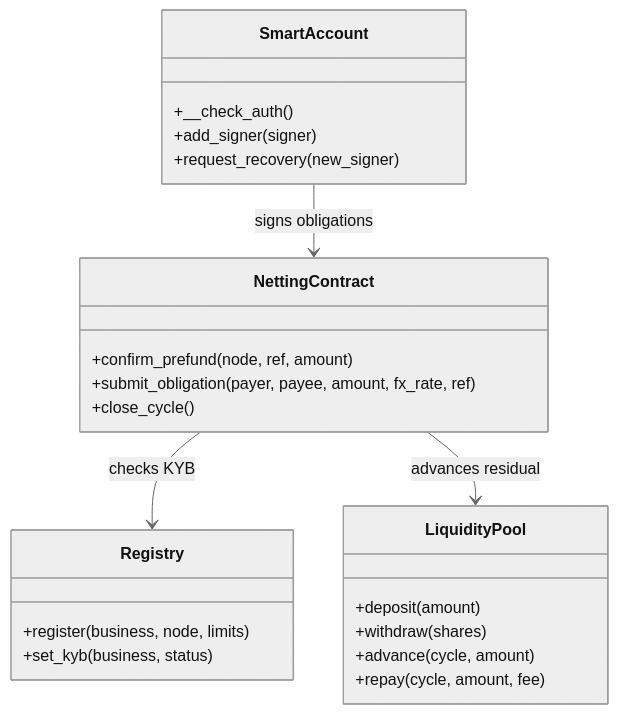
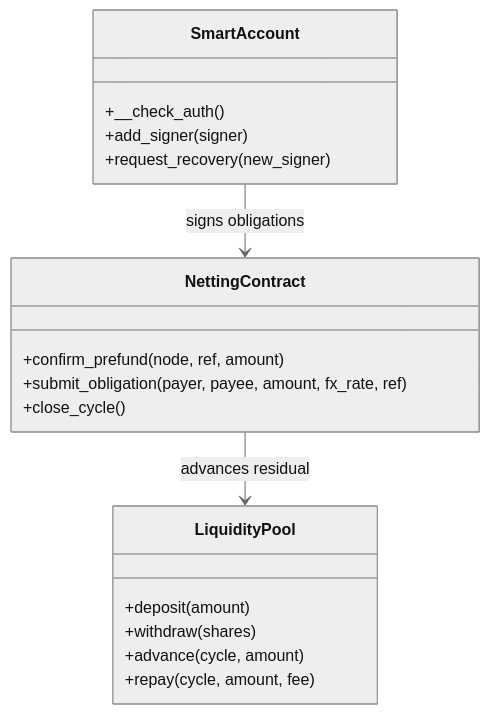
One commit to Rift-FI/Documents changed the third of 3 diagrams in Architecture.md. Above: the diagram before and after it, drawn with Mermaid (neutral theme). The commit also changed other lines of this file, not shown here.

````diff
--- a/Architecture.md
+++ b/Architecture.md
@@ -118,26 +112,21 @@
 ```mermaid
 classDiagram
-  class Registry {
-    +register(business, node, limits)
-    +set_kyb(business, status)
-  }
   class NettingContract {
     +confirm_prefund(node, ref, amount)
     +submit_obligation(payer, payee, amount, fx_rate, ref)
     +close_cycle()
   }
   class LiquidityPool {
     +deposit(amount)
     +withdraw(shares)
     +advance(cycle, amount)
     +repay(cycle, amount, fee)
   }
   class SmartAccount {
     +__check_auth()
     +add_signer(signer)
     +request_recovery(new_signer)
   }
-  NettingContract --> Registry : checks KYB
+  SmartAccount --> NettingContract : signs obligations
   NettingContract --> LiquidityPool : advances residual
-  SmartAccount --> NettingContract : signs obligations
 ```
````
